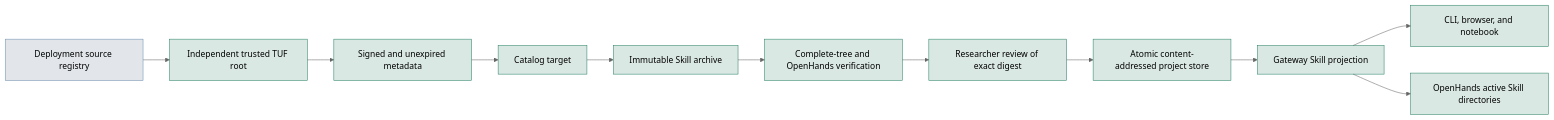
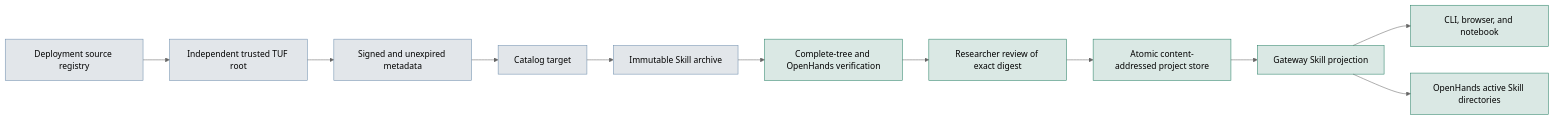
One commit to SchmiedmayerLab/heartwood changed the diagram in documentation/architecture/skills.md. Above: the diagram before and after it, drawn with Mermaid (neutral theme). The commit also changed other lines of this file and 5 other files, not shown here.

````diff
--- a/documentation/architecture/skills.md
+++ b/documentation/architecture/skills.md
@@ -39,17 +39,17 @@
 ```mermaid
 flowchart LR
     Registry["Deployment source registry"] --> Root["Independent trusted TUF root"]
     Root --> Metadata["Signed and unexpired metadata"]
     Metadata --> Catalog["Catalog target"]
     Catalog --> Archive["Immutable Skill archive"]
     Archive --> Verify["Complete-tree and OpenHands verification"]
     Verify --> Review["Researcher review of exact digest"]
     Review --> Store["Atomic content-addressed project store"]
     Store --> Gateway["Gateway Skill projection"]
     Gateway --> Interfaces["CLI, browser, and notebook"]
     Gateway --> OpenHands["OpenHands active Skill directories"]
     classDef heartwood fill:#0b694d26,stroke:#2b8268
     classDef platform fill:#3f5b7426,stroke:#6f8fae
-    class Root,Metadata,Catalog,Archive,Verify,Review,Store,Gateway,Interfaces,OpenHands heartwood
-    class Registry platform
+    class Verify,Review,Store,Gateway,Interfaces,OpenHands heartwood
+    class Registry,Root,Metadata,Catalog,Archive platform
 ```
````
